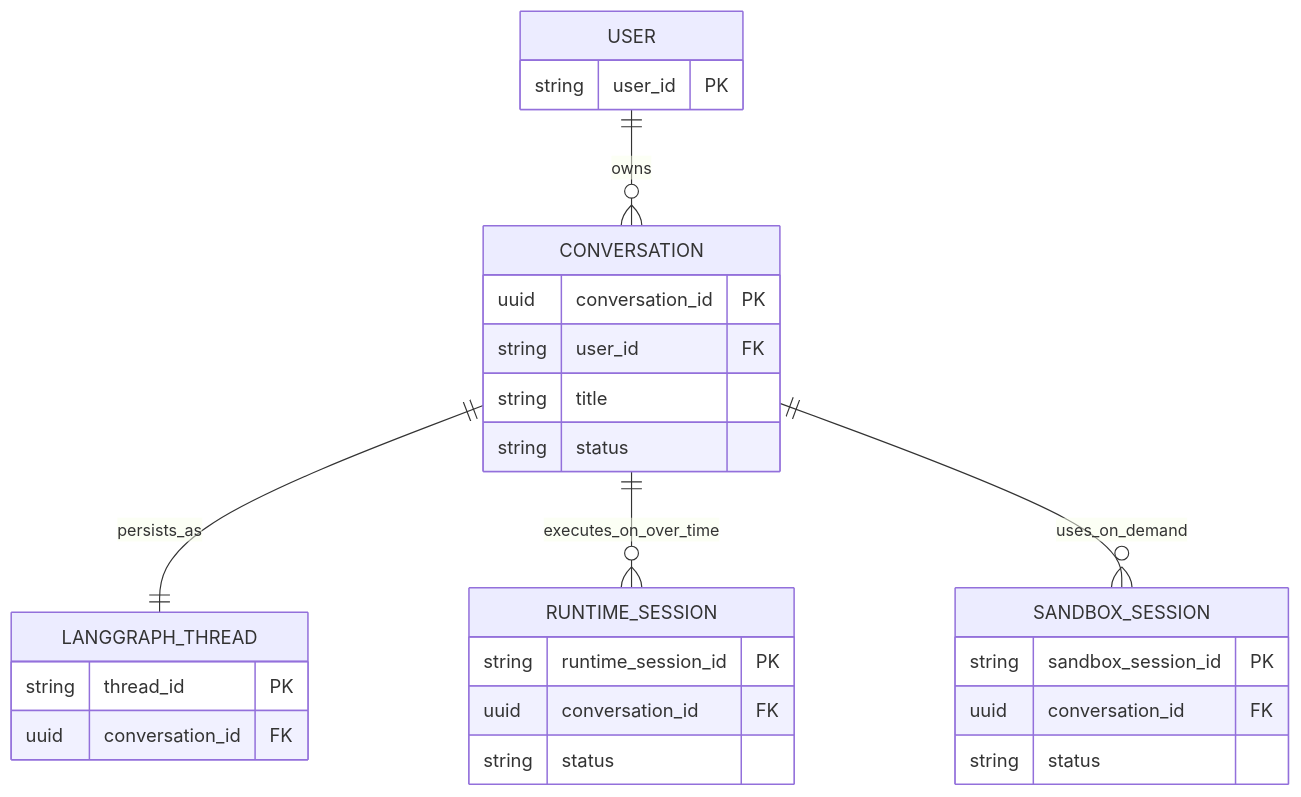
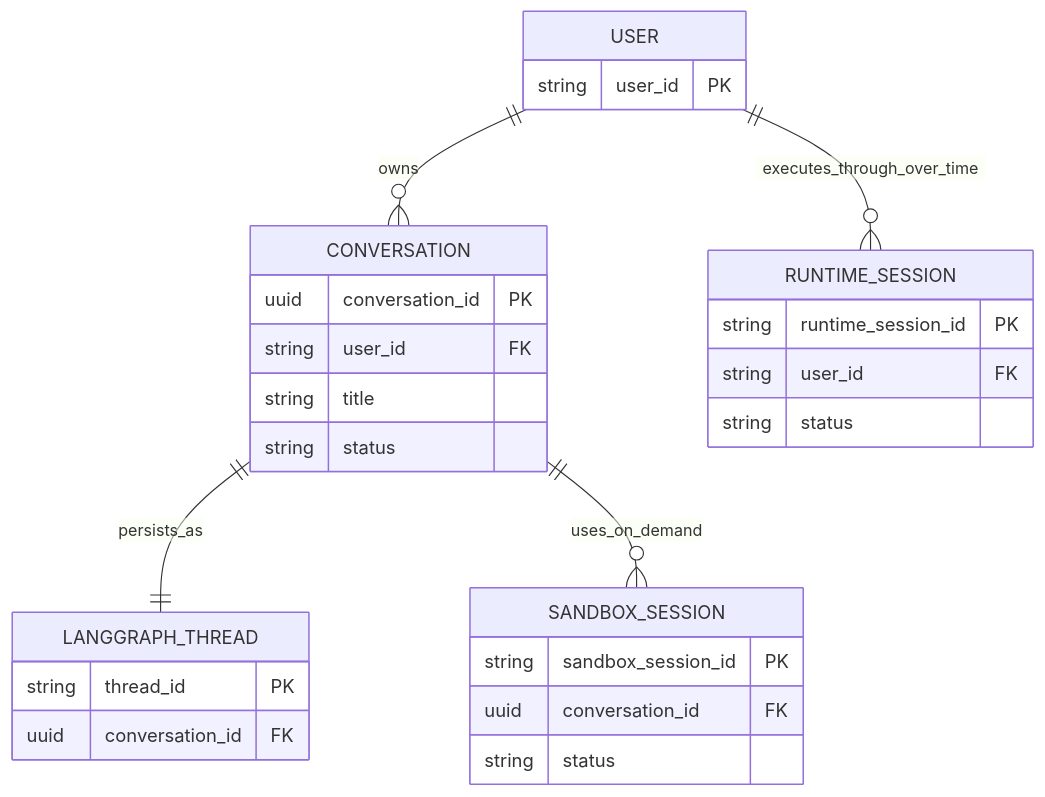
Before and after one commit to T-1009/personal-assistant: the second of 7 diagrams in personal-assistant-meta/issues/features/backlog/feature-14-multi-session-runtime-prewarm/issue.md, drawn with Mermaid. The commit also changed other lines of this file and 18 other files, not shown here.

````diff
--- a/personal-assistant-meta/issues/features/backlog/feature-14-multi-session-runtime-prewarm/issue.md
+++ b/personal-assistant-meta/issues/features/backlog/feature-14-multi-session-runtime-prewarm/issue.md
@@ -151,31 +167,31 @@
 ```mermaid
 erDiagram
     USER ||--o{ CONVERSATION : owns
+    USER ||--o{ RUNTIME_SESSION : executes_through_over_time
     CONVERSATION ||--|| LANGGRAPH_THREAD : persists_as
-    CONVERSATION ||--o{ RUNTIME_SESSION : executes_on_over_time
     CONVERSATION ||--o{ SANDBOX_SESSION : uses_on_demand
 
     USER {
         string user_id PK
     }
     CONVERSATION {
         uuid conversation_id PK
         string user_id FK
         string title
         string status
     }
     LANGGRAPH_THREAD {
         string thread_id PK
         uuid conversation_id FK
     }
     RUNTIME_SESSION {
         string runtime_session_id PK
-        uuid conversation_id FK
+        string user_id FK
         string status
     }
     SANDBOX_SESSION {
         string sandbox_session_id PK
         uuid conversation_id FK
         string status
     }
 ```
````
